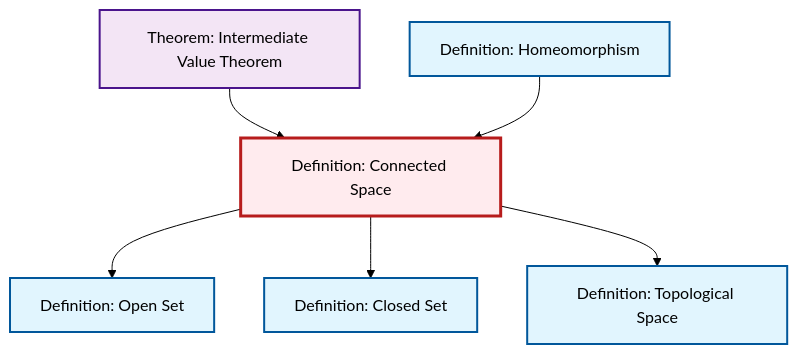
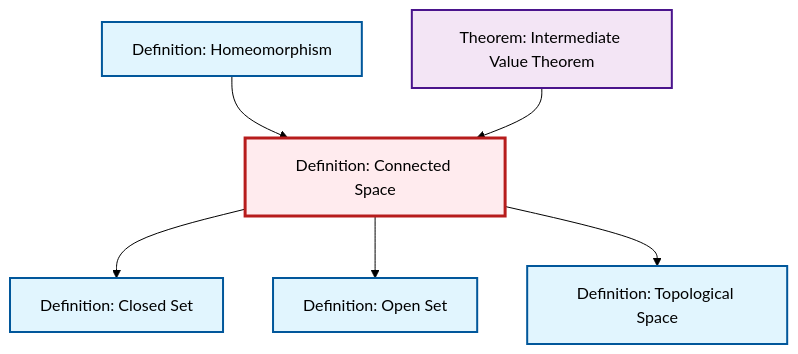
Before and after one commit to RK0429/ModernMath: the diagram in content/ja/topology/def-connected.qmd, drawn with Mermaid (forest theme). The commit also changed other lines of this file and 581 other files, not shown here.

````diff
--- a/content/ja/topology/def-connected.qmd
+++ b/content/ja/topology/def-connected.qmd
@@ -50,26 +50,26 @@
 ```{mermaid}
 %%| fig-cap: "Local dependency graph"
 graph TD
     classDef definition fill:#e1f5fe,stroke:#01579b,stroke-width:2px
     classDef theorem fill:#f3e5f5,stroke:#4a148c,stroke-width:2px
     classDef axiom fill:#fff3e0,stroke:#e65100,stroke-width:2px
     classDef example fill:#e8f5e9,stroke:#1b5e20,stroke-width:2px
     classDef current fill:#ffebee,stroke:#b71c1c,stroke-width:3px
     def-connected["Definition: Connected Space"]:::definition
+    def-closed-set["Definition: Closed Set"]:::definition
     def-open-set["Definition: Open Set"]:::definition
-    def-closed-set["Definition: Closed Set"]:::definition
+    thm-intermediate-value["Theorem: Intermediate Value Theorem"]:::theorem
     def-topological-space["Definition: Topological Space"]:::definition
-    thm-intermediate-value["Theorem: Intermediate Value Theorem"]:::theorem
     def-homeomorphism["Definition: Homeomorphism"]:::definition
+    def-homeomorphism --> def-connected
+    thm-intermediate-value --> def-connected
+    def-connected --> def-closed-set
     def-connected --> def-open-set
-    thm-intermediate-value --> def-connected
-    def-homeomorphism --> def-connected
-    def-connected --> def-closed-set
     def-connected --> def-topological-space
     class def-connected current
+    click def-closed-set "def-closed-set.html" "Definition: Closed Setへ"
     click def-open-set "def-open-set.html" "Definition: Open Setへ"
-    click def-closed-set "def-closed-set.html" "Definition: Closed Setへ"
+    click thm-intermediate-value "thm-intermediate-value.html" "Theorem: Intermediate Value Theoremへ"
     click def-topological-space "def-topological-space.html" "Definition: Topological Spaceへ"
-    click thm-intermediate-value "thm-intermediate-value.html" "Theorem: Intermediate Value Theoremへ"
     click def-homeomorphism "def-homeomorphism.html" "Definition: Homeomorphismへ"
 ```
````
